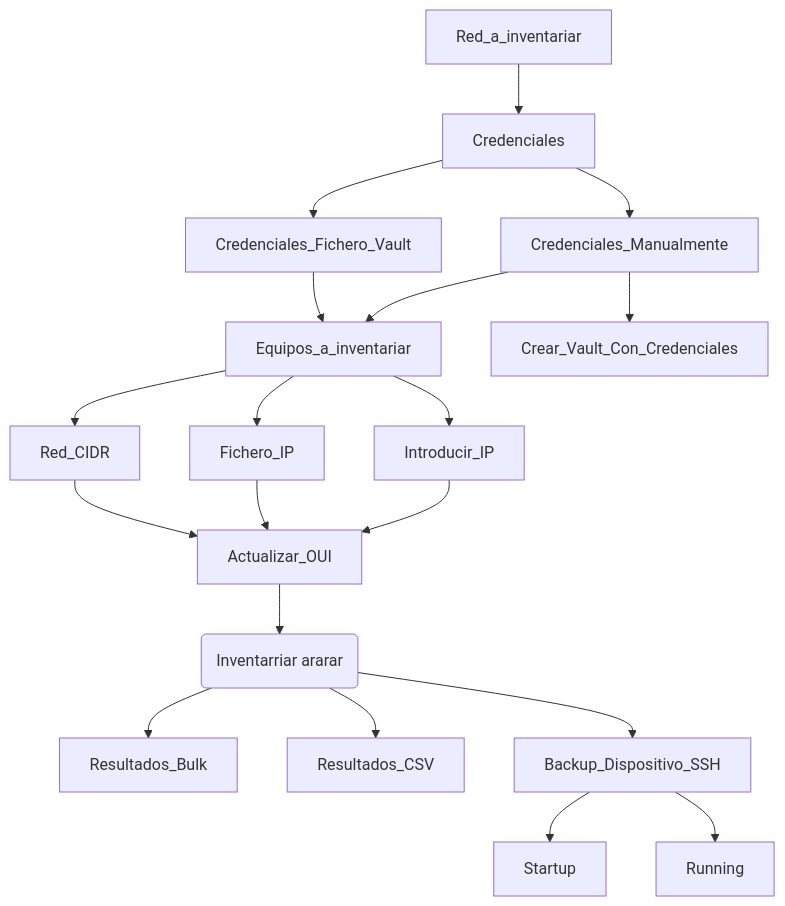
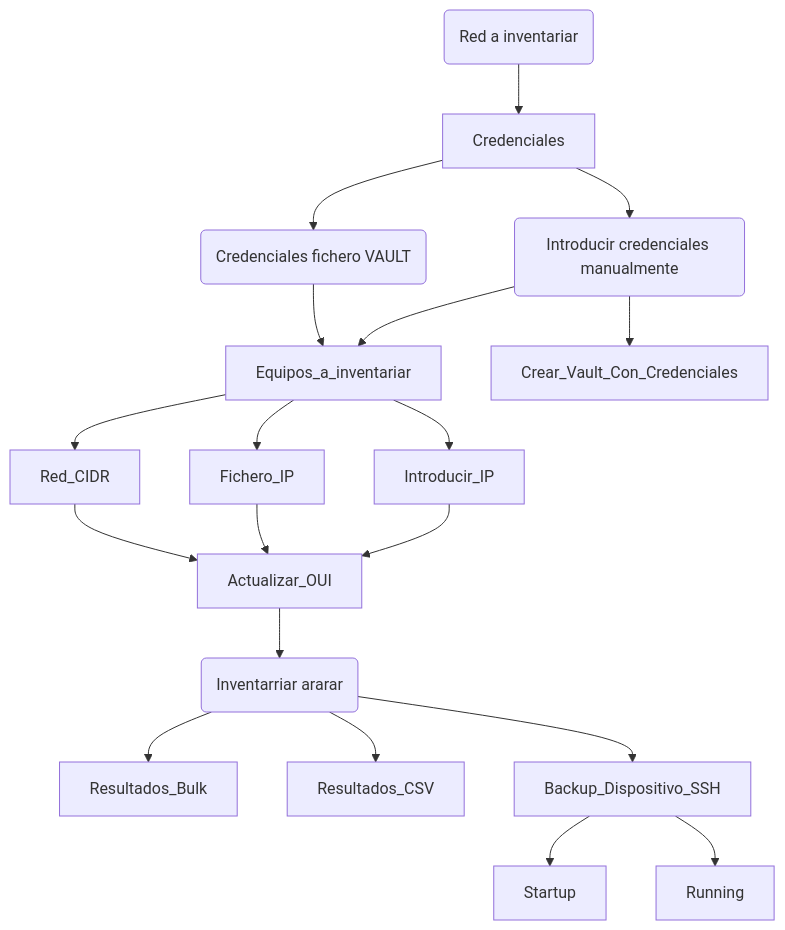
Before and after one commit to fmbrieva/test_readme: the diagram in README.md, drawn with Mermaid.

````diff
--- a/README.md
+++ b/README.md
@@ -39,21 +39,21 @@
 ```mermaid
 graph TD;
-    Red_a_inventariar-->Credenciales;
-    Credenciales-->Credenciales_Fichero_Vault;
-    Credenciales-->Credenciales_Manualmente;
+    Red(Red a inventariar)-->Credenciales;
+    Credenciales-->Credenciales_Fichero_Vault(Credenciales fichero VAULT);
+    Credenciales-->Credenciales_Manualmente(Introducir credenciales manualmente);
     Credenciales_Fichero_Vault-->Equipos_a_inventariar;
     Credenciales_Manualmente-->Equipos_a_inventariar;
     Credenciales_Manualmente-->Crear_Vault_Con_Credenciales;
     Equipos_a_inventariar-->Red_CIDR;
     Equipos_a_inventariar-->Fichero_IP;
     Equipos_a_inventariar-->Introducir_IP;
     Red_CIDR-->Actualizar_OUI;
     Fichero_IP-->Actualizar_OUI;
     Introducir_IP-->Actualizar_OUI;
     Actualizar_OUI--> Thread_Inventariar_Activos(Inventarriar ararar);
     Thread_Inventariar_Activos-->Resultados_Bulk;
     Thread_Inventariar_Activos-->Resultados_CSV;
     Thread_Inventariar_Activos-->Backup_Dispositivo_SSH;
     Backup_Dispositivo_SSH-->Startup;
     Backup_Dispositivo_SSH-->Running;
 ```
````
